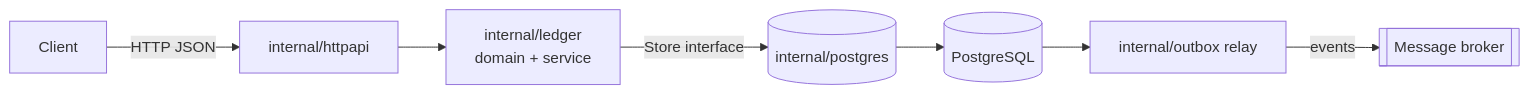
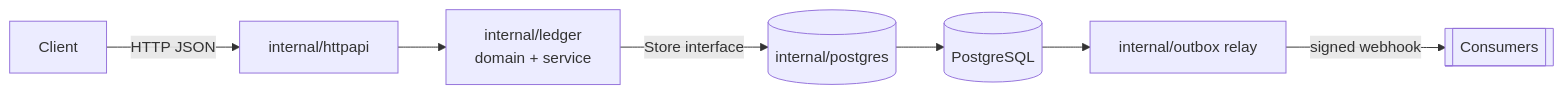
Before and after one commit to Nguyenngoctruong274/go-ledger: the first of 3 diagrams in README.md, drawn with Mermaid. The commit also changed other lines of this file, not shown here.

First line of the commit message:
docs: describe the outbox, delivery guarantees and webhook format

````diff
--- a/README.md
+++ b/README.md
@@ -30,9 +30,9 @@
 ```mermaid
 flowchart LR
     C[Client] -->|HTTP JSON| API[internal/httpapi]
     API --> SVC[internal/ledger<br/>domain + service]
     SVC -->|Store interface| PG[(internal/postgres)]
     PG --> DB[(PostgreSQL)]
     DB --> OB[internal/outbox relay]
-    OB -->|events| MQ[[Message broker]]
+    OB -->|signed webhook| MQ[[Consumers]]
 ```
````
